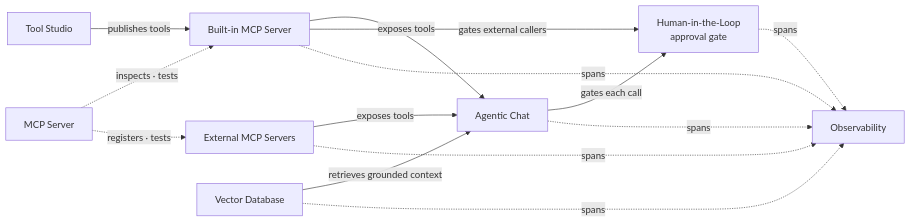
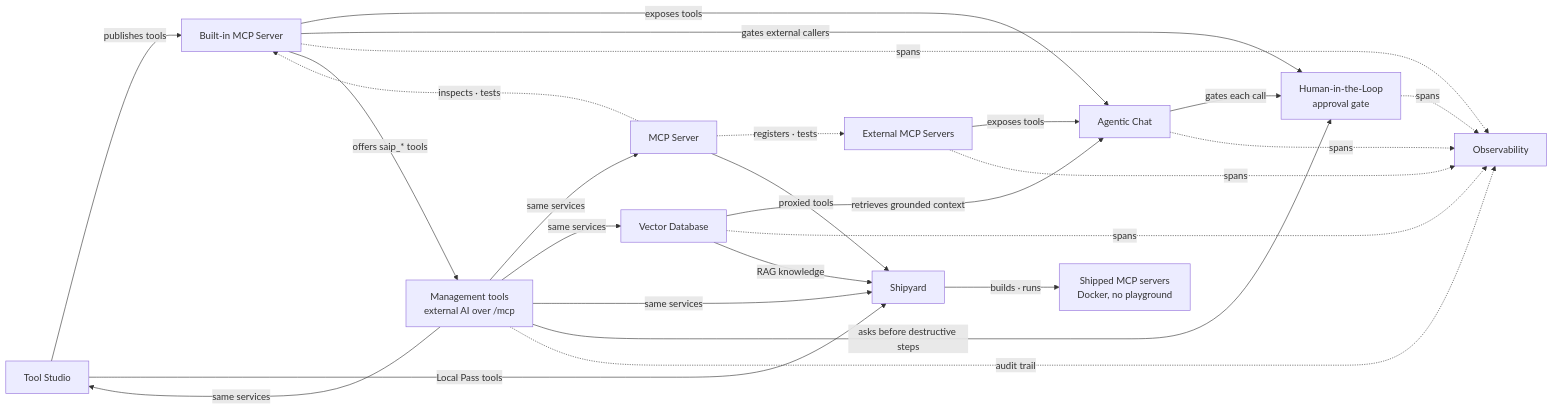
The second of 10 diagrams in docs/architecture.md (spring-ai-community/spring-ai-playground), drawn with Mermaid before and after one commit. The commit also changed other lines of this file and 60 other files, not shown here.

Commit message:
docs: add the architecture pages, the ai guides page and tutorials 18 to 22

````diff
--- a/docs/architecture.md
+++ b/docs/architecture.md
@@ -132,25 +139,39 @@
 ```mermaid
 flowchart LR
     TS[Tool Studio]
     MCPV[MCP Server]
     BUILTIN[Built-in MCP Server]
     EXT[External MCP Servers]
     VDB[Vector Database]
     CHAT[Agentic Chat]
     HITL[Human-in-the-Loop<br/>approval gate]
     OBS[Observability]
+    SHIP[Shipyard]
+    DOCK[Shipped MCP servers<br/>Docker, no playground]
+    MGMT[Management tools<br/>external AI over /mcp]
 
     TS -- "publishes tools" --> BUILTIN
     MCPV -. "inspects · tests" .-> BUILTIN
     MCPV -. "registers · tests" .-> EXT
     BUILTIN -- "exposes tools" --> CHAT
     EXT -- "exposes tools" --> CHAT
     VDB -- "retrieves grounded context" --> CHAT
     CHAT -- "gates each call" --> HITL
     BUILTIN -- "gates external callers" --> HITL
     CHAT -. "spans" .-> OBS
     BUILTIN -. "spans" .-> OBS
     EXT -. "spans" .-> OBS
     VDB -. "spans" .-> OBS
     HITL -. "spans" .-> OBS
+    TS -- "Local Pass tools" --> SHIP
+    MCPV -- "proxied tools" --> SHIP
+    VDB -- "RAG knowledge" --> SHIP
+    SHIP -- "builds · runs" --> DOCK
+    BUILTIN -- "offers saip_* tools" --> MGMT
+    MGMT -- "same services" --> TS
+    MGMT -- "same services" --> MCPV
+    MGMT -- "same services" --> VDB
+    MGMT -- "same services" --> SHIP
+    MGMT -- "asks before destructive steps" --> HITL
+    MGMT -. "audit trail" .-> OBS
 ```
````
